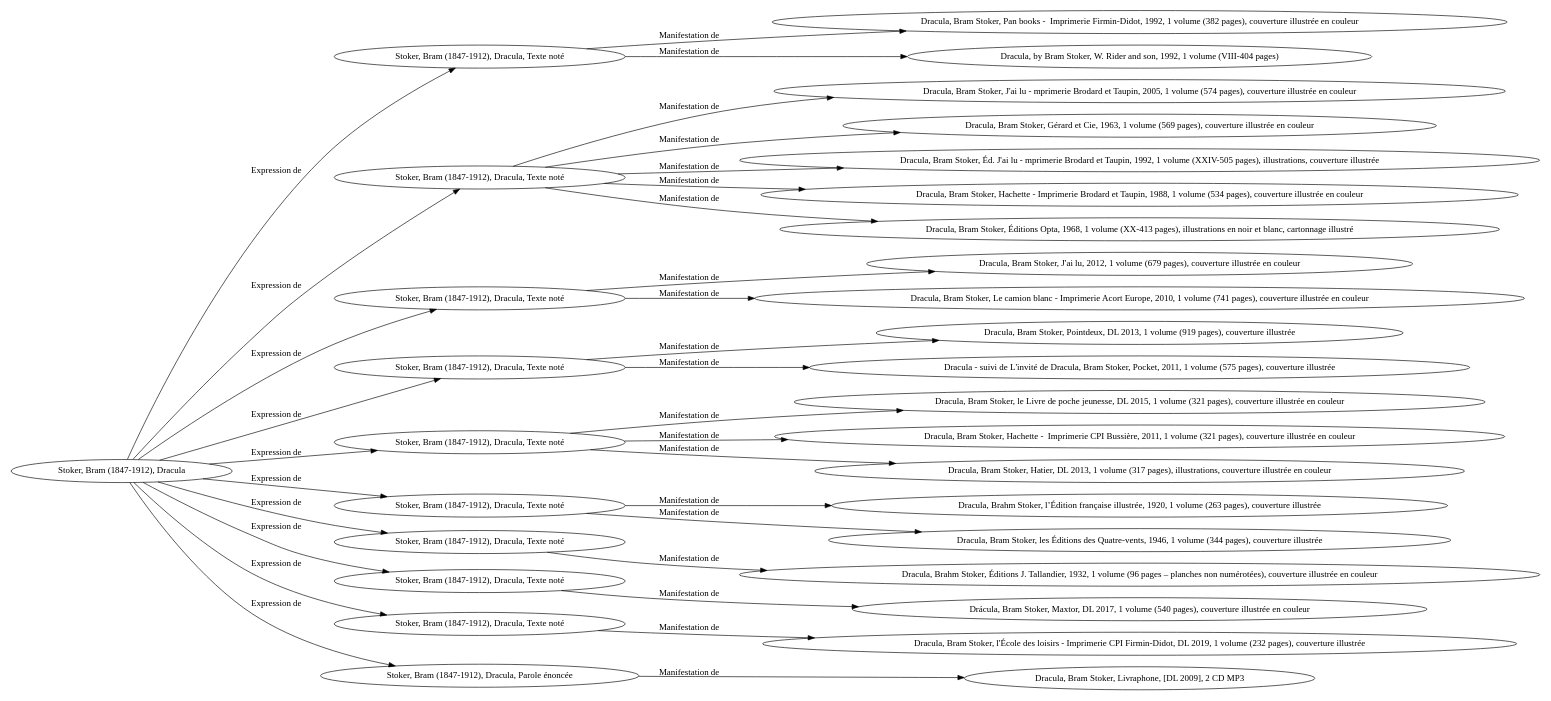
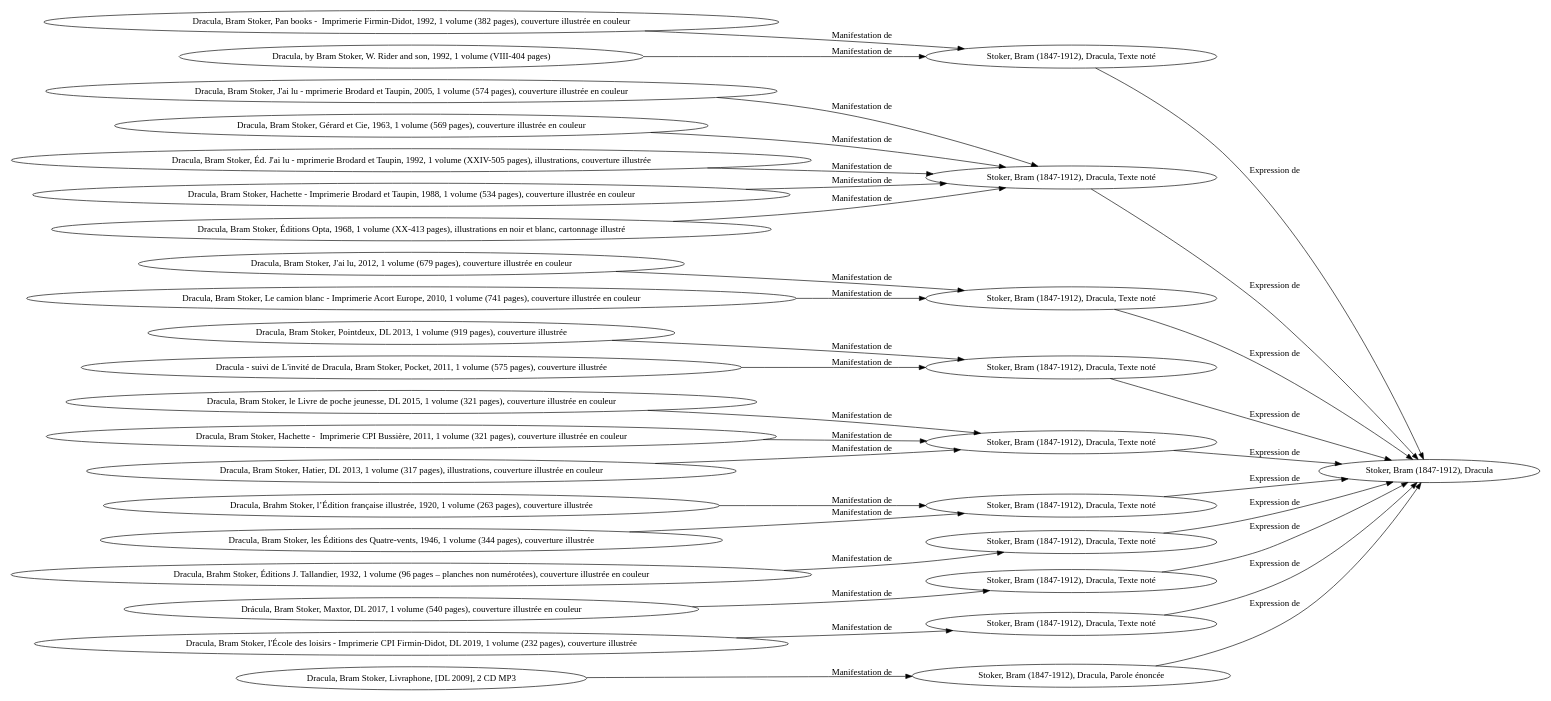
One commit to Lully/metadata_notebooks changed the diagram in UnimarcLRM/results/graphs/UMLRM0004.gv. Above: the diagram before and after it, drawn with Graphviz. The commit also changed 146 other files, not shown here.

Commit message:
Correction sens graphe et résultats détaillés

```diff
--- a/UnimarcLRM/results/graphs/UMLRM0004.gv
+++ b/UnimarcLRM/results/graphs/UMLRM0004.gv
@@ -1,66 +1,66 @@
 // Notice UMLRM0004
 digraph UMLRM0004 {
 	rankdir=LR
 	size="20,20"
 	UMLRM0004 [label="Stoker, Bram (1847-1912), Dracula"]
 	UMLRM0005 [label="Stoker, Bram (1847-1912), Dracula, Texte noté"]
-	UMLRM0004 -> UMLRM0005 [label="Expression de"]
+	UMLRM0005 -> UMLRM0004 [label="Expression de"]
 	UMLRM0006 [label="Dracula, Bram Stoker, Pan books -  Imprimerie Firmin-Didot, 1992, 1 volume (382 pages), couverture illustrée en couleur"]
-	UMLRM0005 -> UMLRM0006 [label="Manifestation de"]
+	UMLRM0006 -> UMLRM0005 [label="Manifestation de"]
 	UMLRM0018 [label="Dracula, by Bram Stoker, W. Rider and son, 1992, 1 volume (VIII-404 pages)"]
-	UMLRM0005 -> UMLRM0018 [label="Manifestation de"]
+	UMLRM0018 -> UMLRM0005 [label="Manifestation de"]
 	UMLRM0020 [label="Stoker, Bram (1847-1912), Dracula, Texte noté"]
-	UMLRM0004 -> UMLRM0020 [label="Expression de"]
+	UMLRM0020 -> UMLRM0004 [label="Expression de"]
 	UMLRM0021 [label="Dracula, Bram Stoker, J'ai lu - mprimerie Brodard et Taupin, 2005, 1 volume (574 pages), couverture illustrée en couleur"]
-	UMLRM0020 -> UMLRM0021 [label="Manifestation de"]
+	UMLRM0021 -> UMLRM0020 [label="Manifestation de"]
 	UMLRM0024 [label="Dracula, Bram Stoker, Gérard et Cie, 1963, 1 volume (569 pages), couverture illustrée en couleur"]
-	UMLRM0020 -> UMLRM0024 [label="Manifestation de"]
+	UMLRM0024 -> UMLRM0020 [label="Manifestation de"]
 	UMLRM0027 [label="Dracula, Bram Stoker, Éd. J'ai lu - mprimerie Brodard et Taupin, 1992, 1 volume (XXIV-505 pages), illustrations, couverture illustrée"]
-	UMLRM0020 -> UMLRM0027 [label="Manifestation de"]
+	UMLRM0027 -> UMLRM0020 [label="Manifestation de"]
 	UMLRM0030 [label="Dracula, Bram Stoker, Hachette - Imprimerie Brodard et Taupin, 1988, 1 volume (534 pages), couverture illustrée en couleur"]
-	UMLRM0020 -> UMLRM0030 [label="Manifestation de"]
+	UMLRM0030 -> UMLRM0020 [label="Manifestation de"]
 	UMLRM0110 [label="Dracula, Bram Stoker, Éditions Opta, 1968, 1 volume (XX-413 pages), illustrations en noir et blanc, cartonnage illustré"]
-	UMLRM0020 -> UMLRM0110 [label="Manifestation de"]
+	UMLRM0110 -> UMLRM0020 [label="Manifestation de"]
 	UMLRM0041 [label="Stoker, Bram (1847-1912), Dracula, Texte noté"]
-	UMLRM0004 -> UMLRM0041 [label="Expression de"]
+	UMLRM0041 -> UMLRM0004 [label="Expression de"]
 	UMLRM0042 [label="Dracula, Bram Stoker, J'ai lu, 2012, 1 volume (679 pages), couverture illustrée en couleur"]
-	UMLRM0041 -> UMLRM0042 [label="Manifestation de"]
+	UMLRM0042 -> UMLRM0041 [label="Manifestation de"]
 	UMLRM0045 [label="Dracula, Bram Stoker, Le camion blanc - Imprimerie Acort Europe, 2010, 1 volume (741 pages), couverture illustrée en couleur"]
-	UMLRM0041 -> UMLRM0045 [label="Manifestation de"]
+	UMLRM0045 -> UMLRM0041 [label="Manifestation de"]
 	UMLRM0050 [label="Stoker, Bram (1847-1912), Dracula, Texte noté"]
-	UMLRM0004 -> UMLRM0050 [label="Expression de"]
+	UMLRM0050 -> UMLRM0004 [label="Expression de"]
 	UMLRM0051 [label="Dracula, Bram Stoker, Pointdeux, DL 2013, 1 volume (919 pages), couverture illustrée"]
-	UMLRM0050 -> UMLRM0051 [label="Manifestation de"]
+	UMLRM0051 -> UMLRM0050 [label="Manifestation de"]
 	UMLRM0077 [label="Dracula - suivi de L'invité de Dracula, Bram Stoker, Pocket, 2011, 1 volume (575 pages), couverture illustrée"]
-	UMLRM0050 -> UMLRM0077 [label="Manifestation de"]
+	UMLRM0077 -> UMLRM0050 [label="Manifestation de"]
 	UMLRM0053 [label="Stoker, Bram (1847-1912), Dracula, Texte noté"]
-	UMLRM0004 -> UMLRM0053 [label="Expression de"]
+	UMLRM0053 -> UMLRM0004 [label="Expression de"]
 	UMLRM0054 [label="Dracula, Bram Stoker, le Livre de poche jeunesse, DL 2015, 1 volume (321 pages), couverture illustrée en couleur"]
-	UMLRM0053 -> UMLRM0054 [label="Manifestation de"]
+	UMLRM0054 -> UMLRM0053 [label="Manifestation de"]
 	UMLRM0178 [label="Dracula, Bram Stoker, Hachette -  Imprimerie CPI Bussière, 2011, 1 volume (321 pages), couverture illustrée en couleur"]
-	UMLRM0053 -> UMLRM0178 [label="Manifestation de"]
+	UMLRM0178 -> UMLRM0053 [label="Manifestation de"]
 	UMLRM0179 [label="Dracula, Bram Stoker, Hatier, DL 2013, 1 volume (317 pages), illustrations, couverture illustrée en couleur"]
-	UMLRM0053 -> UMLRM0179 [label="Manifestation de"]
+	UMLRM0179 -> UMLRM0053 [label="Manifestation de"]
 	UMLRM0056 [label="Stoker, Bram (1847-1912), Dracula, Texte noté"]
-	UMLRM0004 -> UMLRM0056 [label="Expression de"]
+	UMLRM0056 -> UMLRM0004 [label="Expression de"]
 	UMLRM0057 [label="Dracula, Brahm Stoker, l’Édition française illustrée, 1920, 1 volume (263 pages), couverture illustrée"]
-	UMLRM0056 -> UMLRM0057 [label="Manifestation de"]
+	UMLRM0057 -> UMLRM0056 [label="Manifestation de"]
 	UMLRM0063 [label="Dracula, Bram Stoker, les Éditions des Quatre-vents, 1946, 1 volume (344 pages), couverture illustrée"]
-	UMLRM0056 -> UMLRM0063 [label="Manifestation de"]
+	UMLRM0063 -> UMLRM0056 [label="Manifestation de"]
 	UMLRM0059 [label="Stoker, Bram (1847-1912), Dracula, Texte noté"]
-	UMLRM0004 -> UMLRM0059 [label="Expression de"]
+	UMLRM0059 -> UMLRM0004 [label="Expression de"]
 	UMLRM0060 [label="Dracula, Brahm Stoker, Éditions J. Tallandier, 1932, 1 volume (96 pages – planches non numérotées), couverture illustrée en couleur"]
-	UMLRM0059 -> UMLRM0060 [label="Manifestation de"]
+	UMLRM0060 -> UMLRM0059 [label="Manifestation de"]
 	UMLRM0065 [label="Stoker, Bram (1847-1912), Dracula, Texte noté"]
-	UMLRM0004 -> UMLRM0065 [label="Expression de"]
+	UMLRM0065 -> UMLRM0004 [label="Expression de"]
 	UMLRM0066 [label="Drácula, Bram Stoker, Maxtor, DL 2017, 1 volume (540 pages), couverture illustrée en couleur"]
-	UMLRM0065 -> UMLRM0066 [label="Manifestation de"]
+	UMLRM0066 -> UMLRM0065 [label="Manifestation de"]
 	UMLRM0068 [label="Stoker, Bram (1847-1912), Dracula, Texte noté"]
-	UMLRM0004 -> UMLRM0068 [label="Expression de"]
+	UMLRM0068 -> UMLRM0004 [label="Expression de"]
 	UMLRM0069 [label="Dracula, Bram Stoker, l'École des loisirs - Imprimerie CPI Firmin-Didot, DL 2019, 1 volume (232 pages), couverture illustrée"]
-	UMLRM0068 -> UMLRM0069 [label="Manifestation de"]
+	UMLRM0069 -> UMLRM0068 [label="Manifestation de"]
 	UMLRM0187 [label="Stoker, Bram (1847-1912), Dracula, Parole énoncée"]
-	UMLRM0004 -> UMLRM0187 [label="Expression de"]
+	UMLRM0187 -> UMLRM0004 [label="Expression de"]
 	UMLRM0188 [label="Dracula, Bram Stoker, Livraphone, [DL 2009], 2 CD MP3"]
-	UMLRM0187 -> UMLRM0188 [label="Manifestation de"]
+	UMLRM0188 -> UMLRM0187 [label="Manifestation de"]
 }
```
